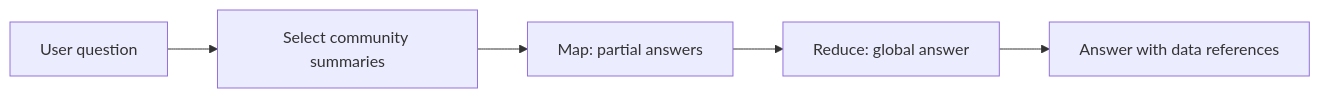
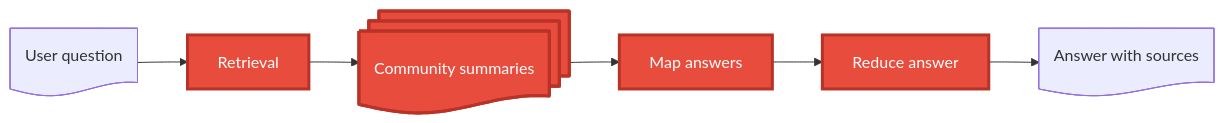
One commit to w4bo/AA2627-unibo-dcai changed diagram 14 of 20 in slides/02-rag.qmd. Above: the diagram before and after it, drawn with Mermaid. The commit also changed other lines of this file and 2 other files, not shown here.

````diff
--- a/slides/02-rag.qmd
+++ b/slides/02-rag.qmd
@@ -1002,8 +1024,12 @@
 ```{mermaid}
 %%| echo: false
 flowchart LR
-  Q[User question] --> S[Select community summaries]
-  S --> M[Map: partial answers]
-  M --> R[Reduce: global answer]
-  R --> A[Answer with data references]
+  Q@{ shape: doc, label: "User question" } --> S[Retrieval]
+  S --> C@{ shape: docs, label: "Community summaries" }
+  C --> M[Map answers]
+  M --> R[Reduce answer]
+  R --> A@{ shape: doc, label: "Answer with sources" }
+
+  classDef focus fill:#e74c3c,color:#fff,stroke:#b83227,stroke-width:3px
+  class S,C,M,R focus
 ```
````
